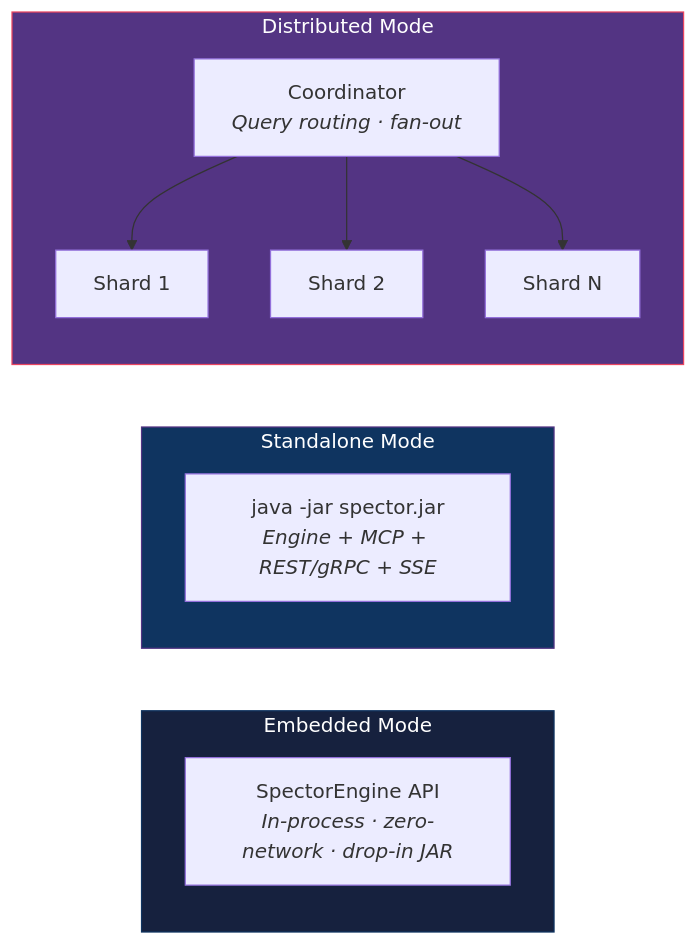
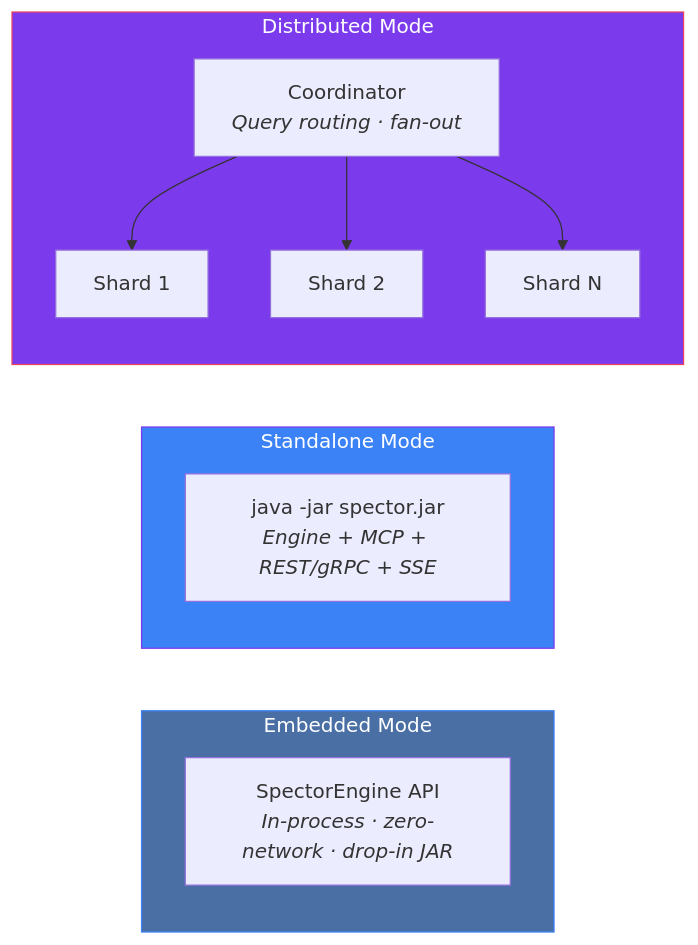
One commit to spectrayan/spector changed the second of 11 diagrams in docs/docs/architecture/overview.md. Above: the diagram before and after it, drawn with Mermaid. The commit also changed other lines of this file and 120 other files, not shown here.

````diff
--- a/docs/docs/architecture/overview.md
+++ b/docs/docs/architecture/overview.md
@@ -96,20 +96,20 @@
 ```mermaid
 graph LR
     subgraph Embedded["Embedded Mode"]
         lib["SpectorEngine API<br/><i>In-process · zero-network · drop-in JAR</i>"]
     end
 
     subgraph Standalone["Standalone Mode"]
         jar["java -jar spector.jar<br/><i>Engine + MCP + REST/gRPC + SSE</i>"]
     end
 
     subgraph Distributed["Distributed Mode"]
         coord["Coordinator<br/><i>Query routing · fan-out</i>"]
         s1["Shard 1"] & s2["Shard 2"] & s3["Shard N"]
         coord --> s1 & s2 & s3
     end
 
-    style Embedded fill:#16213e,stroke:#0f3460,color:#fff
-    style Standalone fill:#0f3460,stroke:#533483,color:#fff
-    style Distributed fill:#533483,stroke:#e94560,color:#fff
+    style Embedded fill:#4a6fa5,stroke:#3b82f6,color:#fff
+    style Standalone fill:#3b82f6,stroke:#7c3aed,color:#fff
+    style Distributed fill:#7c3aed,stroke:#e94560,color:#fff
 ```
````
